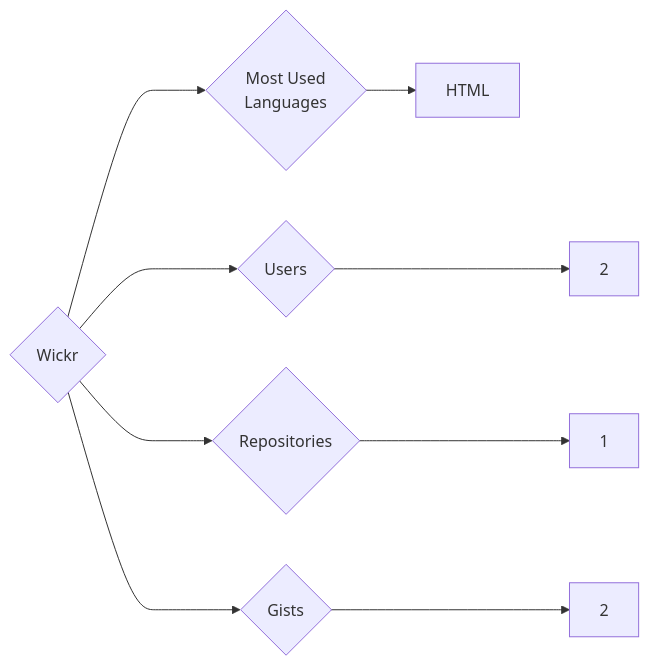
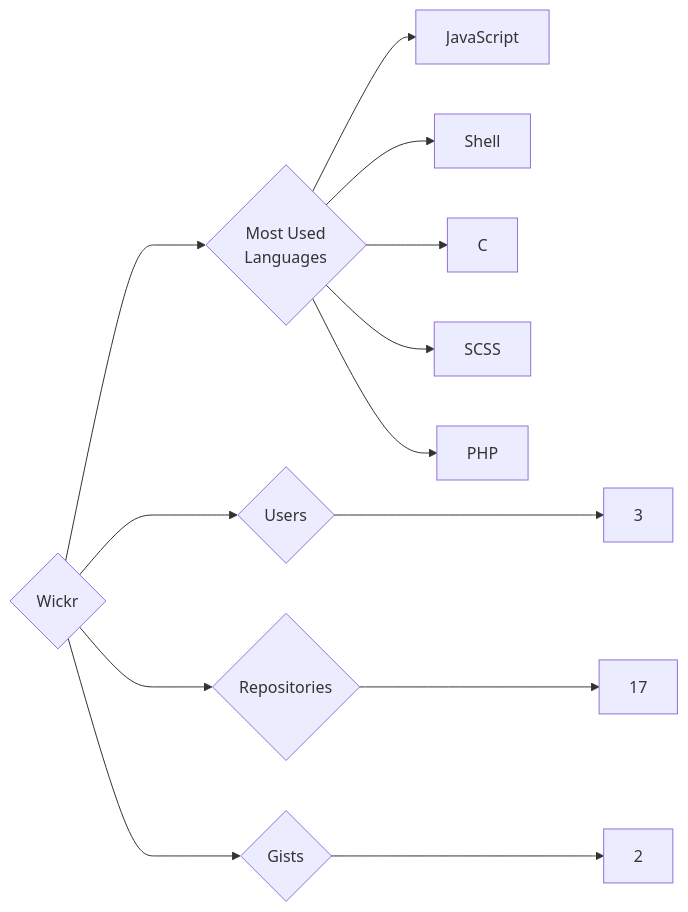
The diagram in targets/Wickr/README.md (trickest/insiders), drawn with Mermaid before and after one commit. The commit also changed 1696 other files, not shown here.

````diff
--- a/targets/Wickr/README.md
+++ b/targets/Wickr/README.md
@@ -3,9 +3,13 @@
 ```mermaid
 graph LR
 COMPANY_NAME{Wickr}
-COMPANY_NAME ---> U{Users} ---> UN[2]
-COMPANY_NAME ---> R{Repositories} ---> RN[1]
+COMPANY_NAME ---> U{Users} ---> UN[3]
+COMPANY_NAME ---> R{Repositories} ---> RN[17]
 COMPANY_NAME ---> G{Gists} ---> GN[2]
 COMPANY_NAME ---> ML{Most Used<br>Languages}
-ML --> HTML[HTML]
+ML --> JavaScript[JavaScript]
+ML --> Shell[Shell]
+ML --> C[C]
+ML --> SCSS[SCSS]
+ML --> PHP[PHP]
 ```
````
